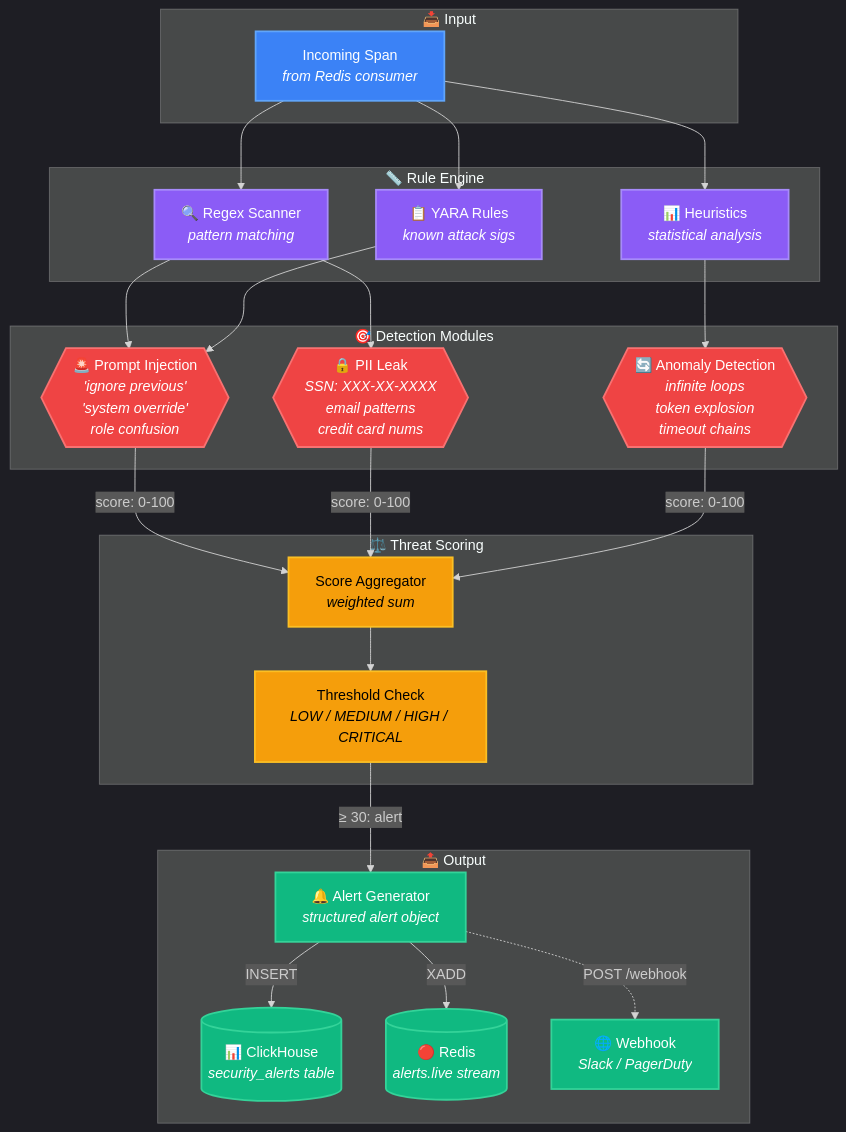
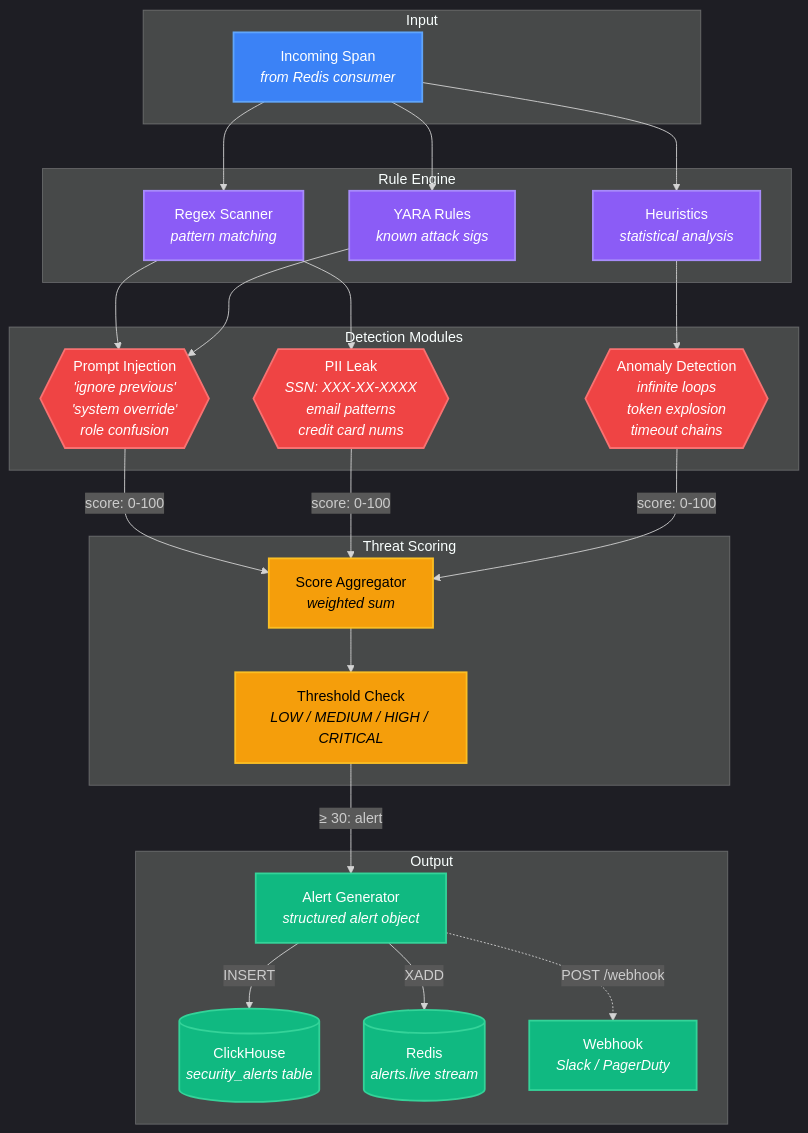
The fifth of 7 diagrams in README.md (Ramakrishna1967/AgentState), drawn with Mermaid before and after one commit. The commit also changed other lines of this file, not shown here.

````diff
--- a/README.md
+++ b/README.md
@@ -282,63 +282,63 @@
 ```mermaid
 %%{init: {'theme':'dark'}}%%
 graph TD
-    subgraph Input["📥 Input"]
+    subgraph Input[" Input"]
         S["Incoming Span<br/><i>from Redis consumer</i>"]
     end
 
-    subgraph RuleEngine["📏 Rule Engine"]
-        R1["🔍 Regex Scanner<br/><i>pattern matching</i>"]
-        R2["📋 YARA Rules<br/><i>known attack sigs</i>"]
-        R3["📊 Heuristics<br/><i>statistical analysis</i>"]
+    subgraph RuleEngine[" Rule Engine"]
+        R1[" Regex Scanner<br/><i>pattern matching</i>"]
+        R2[" YARA Rules<br/><i>known attack sigs</i>"]
+        R3[" Heuristics<br/><i>statistical analysis</i>"]
     end
 
-    subgraph Detectors["🎯 Detection Modules"]
-        D1{{"🚨 Prompt Injection<br/><i>'ignore previous'</i><br/><i>'system override'</i><br/><i>role confusion</i>"}}
-        D2{{"🔒 PII Leak<br/><i>SSN: XXX-XX-XXXX</i><br/><i>email patterns</i><br/><i>credit card nums</i>"}}
-        D3{{"🔄 Anomaly Detection<br/><i>infinite loops</i><br/><i>token explosion</i><br/><i>timeout chains</i>"}}
+    subgraph Detectors[" Detection Modules"]
+        D1{{" Prompt Injection<br/><i>'ignore previous'</i><br/><i>'system override'</i><br/><i>role confusion</i>"}}
+        D2{{" PII Leak<br/><i>SSN: XXX-XX-XXXX</i><br/><i>email patterns</i><br/><i>credit card nums</i>"}}
+        D3{{" Anomaly Detection<br/><i>infinite loops</i><br/><i>token explosion</i><br/><i>timeout chains</i>"}}
     end
 
-    subgraph Scoring["⚖️ Threat Scoring"]
+    subgraph Scoring[" Threat Scoring"]
         TS["Score Aggregator<br/><i>weighted sum</i>"]
         TH["Threshold Check<br/><i>LOW / MEDIUM / HIGH / CRITICAL</i>"]
     end
 
-    subgraph Output["📤 Output"]
-        AL["🔔 Alert Generator<br/><i>structured alert object</i>"]
-        DB[("📊 ClickHouse<br/><i>security_alerts table</i>")]
-        RT[("🔴 Redis<br/><i>alerts.live stream</i>")]
-        WH["🌐 Webhook<br/><i>Slack / PagerDuty</i>"]
+    subgraph Output[" Output"]
+        AL[" Alert Generator<br/><i>structured alert object</i>"]
+        DB[(" ClickHouse<br/><i>security_alerts table</i>")]
+        RT[(" Redis<br/><i>alerts.live stream</i>")]
+        WH[" Webhook<br/><i>Slack / PagerDuty</i>"]
     end
 
     S --> R1
     S --> R2
     S --> R3
 
     R1 --> D1
     R1 --> D2
     R2 --> D1
     R3 --> D3
 
     D1 -->|"score: 0-100"| TS
     D2 -->|"score: 0-100"| TS
     D3 -->|"score: 0-100"| TS
 
     TS --> TH
 
     TH -->|"≥ 30: alert"| AL
     AL -->|"INSERT"| DB
     AL -->|"XADD"| RT
     AL -.->|"POST /webhook"| WH
 
     classDef input fill:#3b82f6,stroke:#60a5fa,color:#fff,stroke-width:2px
     classDef rules fill:#8b5cf6,stroke:#a78bfa,color:#fff,stroke-width:2px
     classDef detect fill:#ef4444,stroke:#f87171,color:#fff,stroke-width:2px
     classDef scoring fill:#f59e0b,stroke:#fbbf24,color:#000,stroke-width:2px
     classDef output fill:#10b981,stroke:#34d399,color:#fff,stroke-width:2px
 
     class S input
     class R1,R2,R3 rules
     class D1,D2,D3 detect
     class TS,TH scoring
     class AL,DB,RT,WH output
 ```
````
